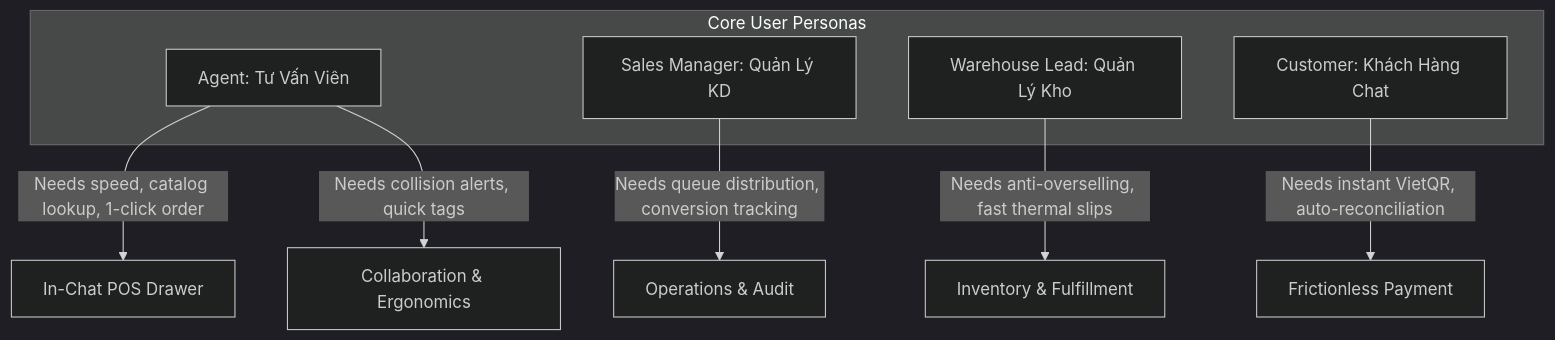
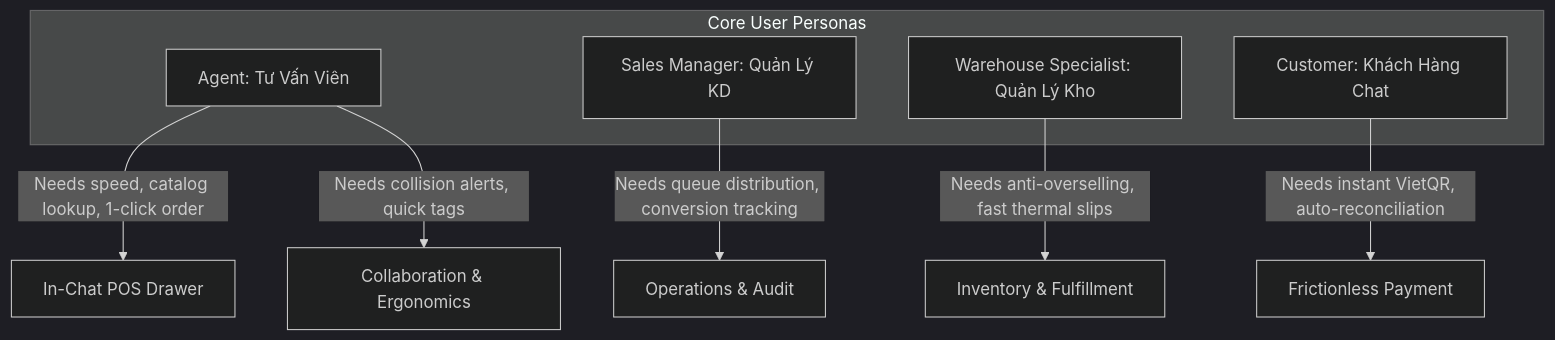
One commit to Mkhai205/sales-copilot changed the first of 7 diagrams in docs/product/in-chat-pos-prd.md. Above: the diagram before and after it, drawn with Mermaid (dark theme). The commit also changed other lines of this file and 21 other files, not shown here.

````diff
--- a/docs/product/in-chat-pos-prd.md
+++ b/docs/product/in-chat-pos-prd.md
@@ -67,15 +67,15 @@
 ```mermaid
 graph TD
     subgraph Core User Personas
         P1[Agent: Tư Vấn Viên]
         P2[Sales Manager: Quản Lý KD]
-        P3[Warehouse Lead: Quản Lý Kho]
+        P3[Warehouse Specialist: Quản Lý Kho]
         P4[Customer: Khách Hàng Chat]
     end
 
     P1 -->|Needs speed, catalog lookup, 1-click order| F1[In-Chat POS Drawer]
     P1 -->|Needs collision alerts, quick tags| F2[Collaboration & Ergonomics]
     P2 -->|Needs queue distribution, conversion tracking| F3[Operations & Audit]
     P3 -->|Needs anti-overselling, fast thermal slips| F4[Inventory & Fulfillment]
     P4 -->|Needs instant VietQR, auto-reconciliation| F5[Frictionless Payment]
 ```
````
